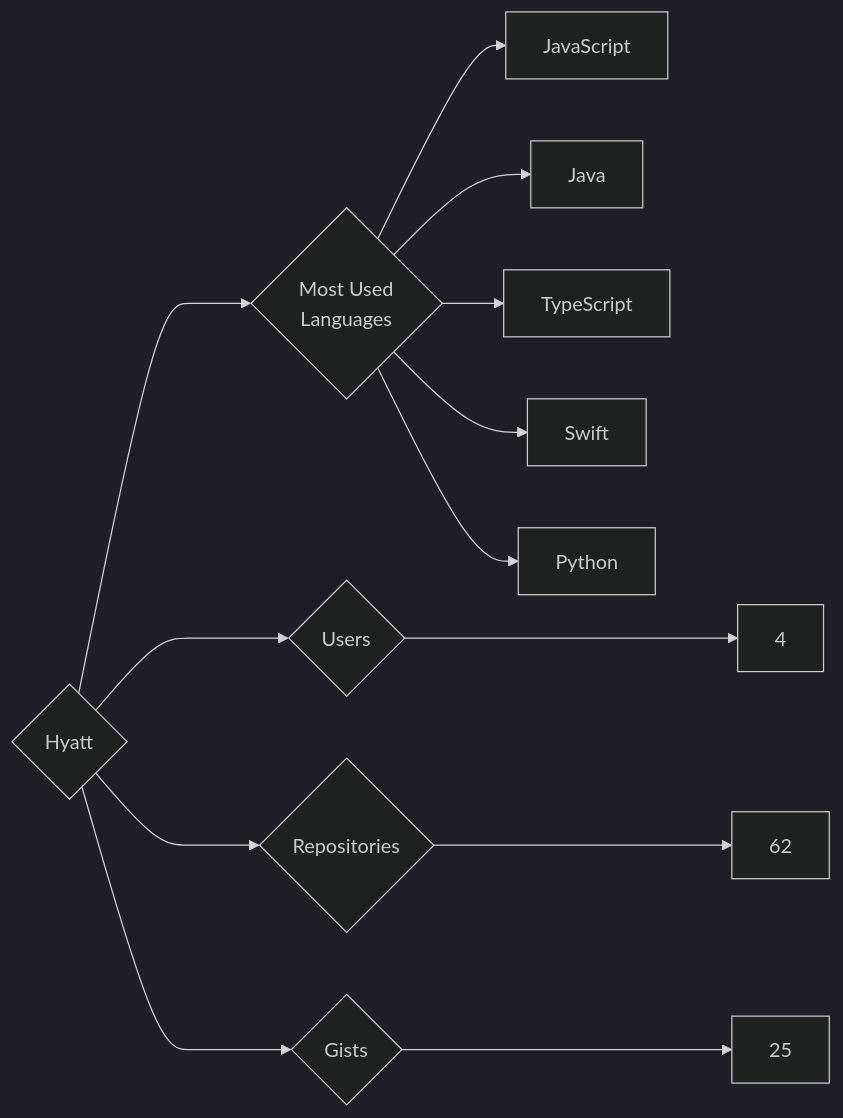
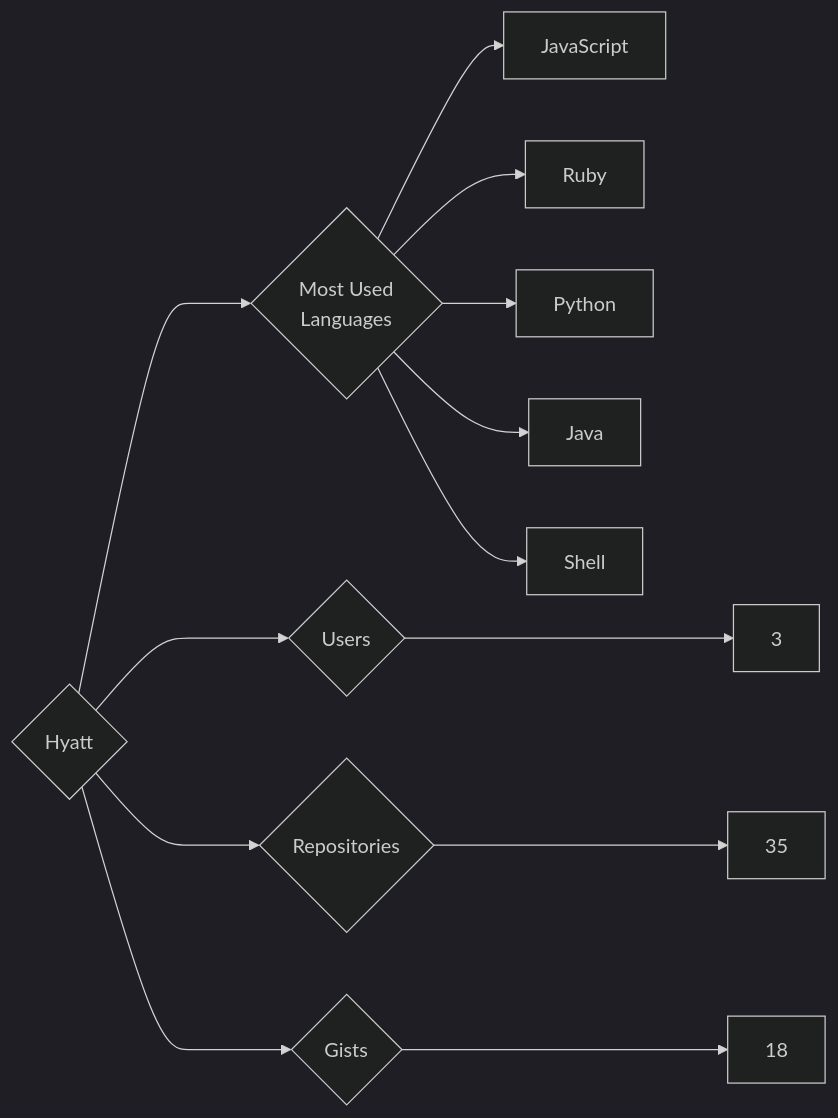
One commit to trickest/insiders changed the diagram in targets/Hyatt/README.md. Above: the diagram before and after it, drawn with Mermaid (dark theme). The commit also changed 636 other files, not shown here.

````diff
--- a/targets/Hyatt/README.md
+++ b/targets/Hyatt/README.md
@@ -3,13 +3,13 @@
 ```mermaid
 graph LR
 COMPANY_NAME{Hyatt}
-COMPANY_NAME ---> U{Users} ---> UN[4]
-COMPANY_NAME ---> R{Repositories} ---> RN[62]
-COMPANY_NAME ---> G{Gists} ---> GN[25]
+COMPANY_NAME ---> U{Users} ---> UN[3]
+COMPANY_NAME ---> R{Repositories} ---> RN[35]
+COMPANY_NAME ---> G{Gists} ---> GN[18]
 COMPANY_NAME ---> ML{Most Used<br>Languages}
 ML --> JavaScript[JavaScript]
+ML --> Ruby[Ruby]
+ML --> Python[Python]
 ML --> Java[Java]
-ML --> TypeScript[TypeScript]
-ML --> Swift[Swift]
-ML --> Python[Python]
+ML --> Shell[Shell]
 ```
````
